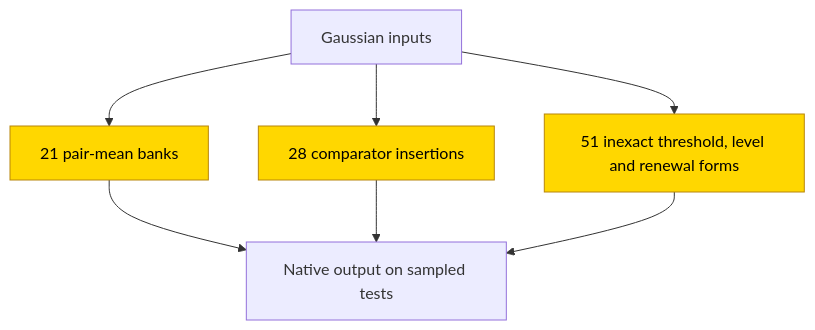
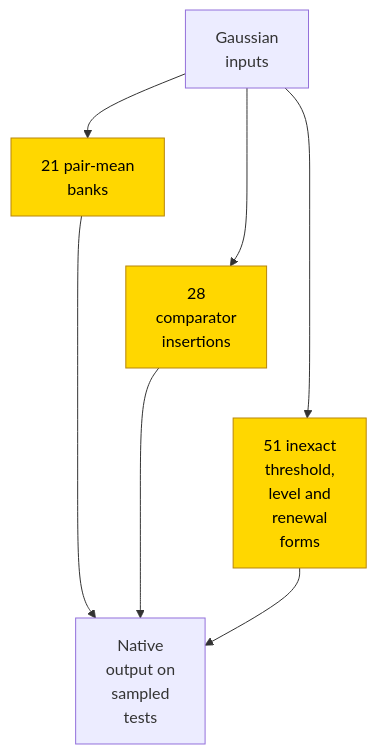
Before and after one commit to jc1122/mechanistic-interpretability-circuit-atlas: the second of 2 diagrams in entries/algzoo-median.md, drawn with Mermaid. The commit also changed other lines of this file and 39 other files, not shown here.

````diff
--- a/entries/algzoo-median.md
+++ b/entries/algzoo-median.md
@@ -77,13 +82,16 @@
 ```mermaid
 flowchart TD
     accTitle: Interpreted families in frozen median networks
     accDescr: Gaussian inputs feed pair-mean banks, comparator-insertion forms or inexact threshold, level and renewal forms before the native scalar output. All family nodes describe ARC-trained components. Status is partial: empty complements, other flagged proofs and uncompressed forms remain exceptions; sampled certificates are not global equivalence proofs.
-    X["Gaussian inputs"] --> P["21 pair-mean banks"]
-    X --> I["28 comparator insertions"]
-    X --> R["51 inexact threshold, level and renewal forms"]
-    P --> Y["Native output on sampled tests"]
+    X["Gaussian<br/>inputs"] --> P["21 pair-mean<br/>banks"]
+    X --> I["28<br/>comparator<br/>insertions"]
+    X --> R["51 inexact<br/>threshold,<br/>level and<br/>renewal<br/>forms"]
+    P --> Y["Native<br/>output on<br/>sampled<br/>tests"]
     I --> Y
     R --> Y
     classDef trained fill:gold,stroke:darkgoldenrod,color:black
     class P,I,R trained
+    %% Invisible links constrain vertical layout only, not computation.
+    P ~~~ I
+    I ~~~ R
 ```
````
